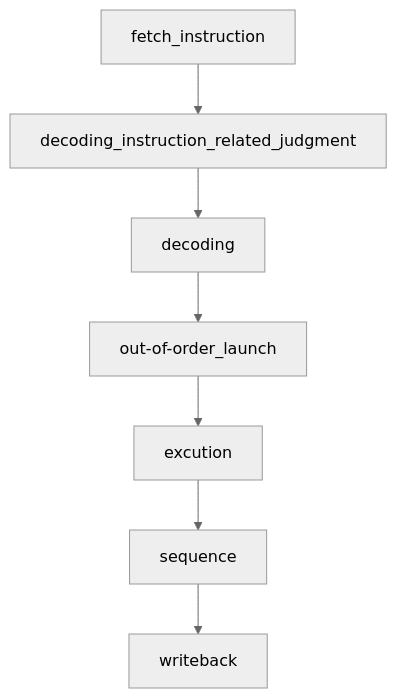
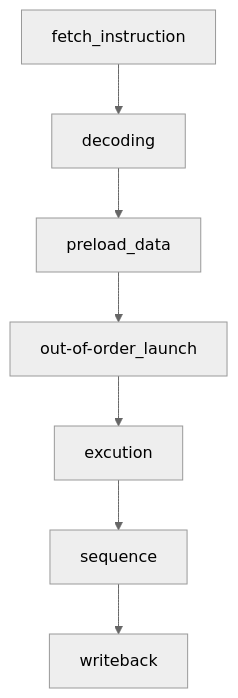
The diagram in README.md (Abonite/MACPU-model), drawn with Mermaid (neutral theme) before and after one commit.

Commit message:
modified:   README.md

````diff
--- a/README.md
+++ b/README.md
@@ -18,9 +18,9 @@
 ```mermaid
 graph TD
-	fetch_instruction --> decoding_instruction_related_judgment
-	decoding_instruction_related_judgment --> decoding
-	decoding --> out-of-order_launch
+	fetch_instruction --> decoding
+	decoding --> preload_data
+	preload_data --> out-of-order_launch
 	out-of-order_launch --> excution
 	excution --> sequence
 	sequence --> writeback
 ```
````
